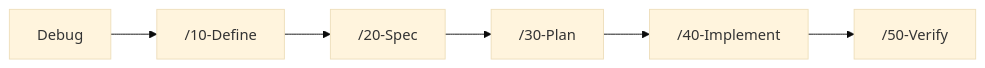
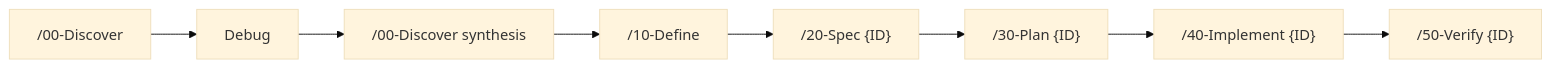
Before and after one commit to Jakkrich/nexus-devflow: the fifth of 5 diagrams in USAGE.md, drawn with Mermaid (base theme). The commit also changed other lines of this file and 80 other files, not shown here.

````diff
--- a/USAGE.md
+++ b/USAGE.md
@@ -192,4 +200,4 @@
 ```mermaid
 flowchart LR
-    X["Debug"] --> D10["/10-Define"] --> D20["/20-Spec"] --> D30["/30-Plan"] --> D40["/40-Implement"] --> D50["/50-Verify"]
+    D00["/00-Discover"] --> X["Debug"] --> S["/00-Discover synthesis"] --> D10["/10-Define"] --> D20["/20-Spec {ID}"] --> D30["/30-Plan {ID}"] --> D40["/40-Implement {ID}"] --> D50["/50-Verify {ID}"]
 ```
````
